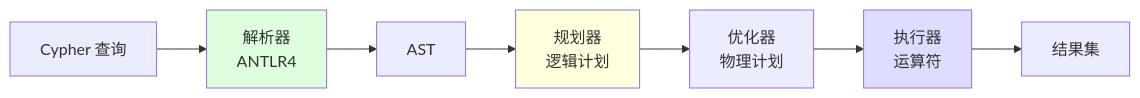
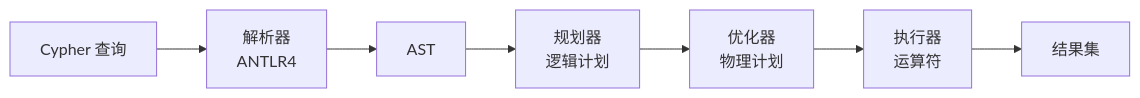
One commit to nexepic/zyx changed the first of 6 diagrams in docs/zh/architecture/query-engine.md. Above: the diagram before and after it, drawn with Mermaid. The commit also changed 165 other files, not shown here.

````diff
--- a/docs/zh/architecture/query-engine.md
+++ b/docs/zh/architecture/query-engine.md
@@ -7,13 +7,9 @@
 ```mermaid
 graph LR
     A[Cypher 查询] --> B[解析器<br/>ANTLR4]
     B --> C[AST]
     C --> D[规划器<br/>逻辑计划]
     D --> E[优化器<br/>物理计划]
     E --> F[执行器<br/>运算符]
     F --> G[结果集]
-
-    style B fill:#dfd
-    style D fill:#ffd
-    style F fill:#ddf
 ```
````
